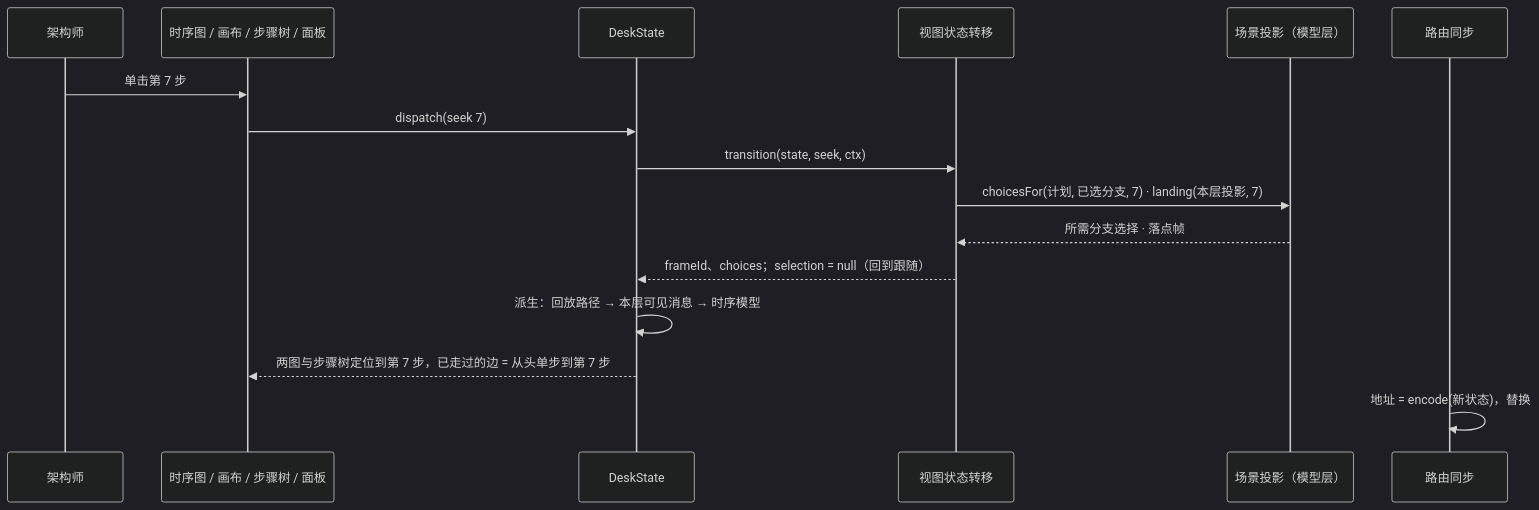
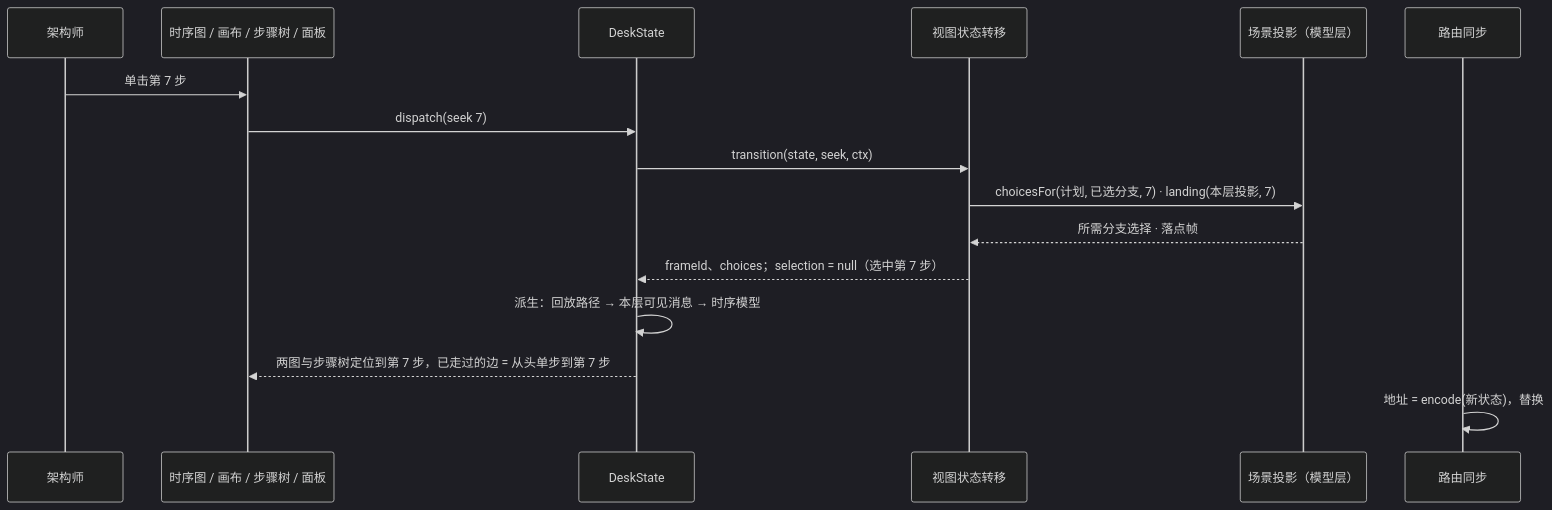
The second of 2 diagrams in docs/architecture/view-state.md (bulengjianghu/archdeck), drawn with Mermaid (dark theme) before and after one commit. The commit also changed other lines of this file and 12 other files, not shown here.

````diff
--- a/docs/architecture/view-state.md
+++ b/docs/architecture/view-state.md
@@ -130,19 +136,19 @@
 ```mermaid
 sequenceDiagram
     participant U as 架构师
     participant UI as 时序图 / 画布 / 步骤树 / 面板
     participant DS as DeskState
     participant T as 视图状态转移
     participant M as 场景投影（模型层）
     participant RS as 路由同步
 
     U->>UI: 单击第 7 步
     UI->>DS: dispatch(seek 7)
     DS->>T: transition(state, seek, ctx)
     T->>M: choicesFor(计划, 已选分支, 7) · landing(本层投影, 7)
     M-->>T: 所需分支选择 · 落点帧
-    T-->>DS: frameId、choices；selection = null（回到跟随）
+    T-->>DS: frameId、choices；selection = null（选中第 7 步）
     DS->>DS: 派生：回放路径 → 本层可见消息 → 时序模型
     DS-->>UI: 两图与步骤树定位到第 7 步，已走过的边 = 从头单步到第 7 步
     RS->>RS: 地址 = encode(新状态)，替换
 ```
````
